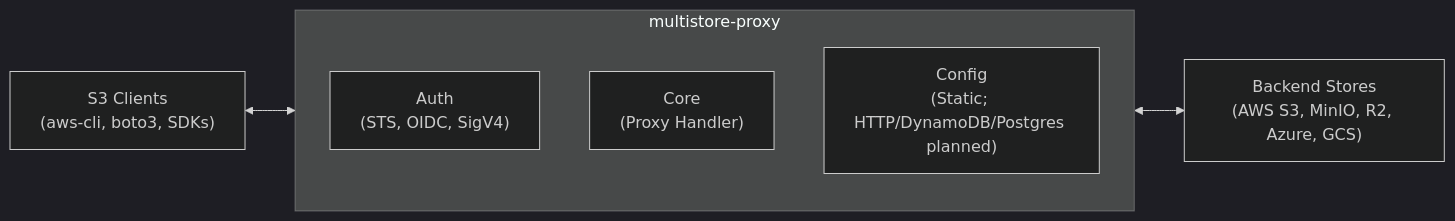
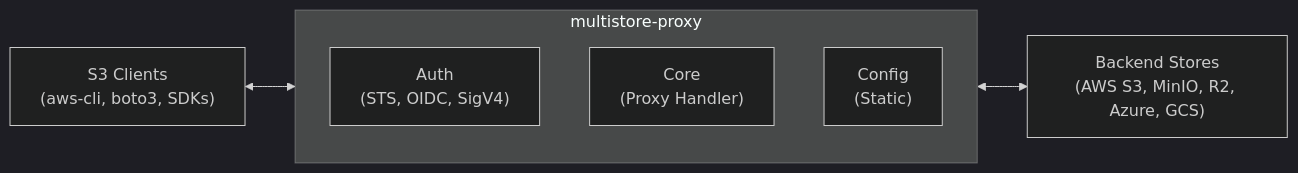
The diagram in docs/index.md (developmentseed/multistore), drawn with Mermaid (dark theme) before and after one commit. The commit also changed 7 other files, not shown here.

````diff
--- a/docs/index.md
+++ b/docs/index.md
@@ -42,15 +42,15 @@
 ```mermaid
 flowchart LR
     Clients["S3 Clients<br>(aws-cli, boto3, SDKs)"]
 
     subgraph Proxy["multistore-proxy"]
         Auth["Auth<br>(STS, OIDC, SigV4)"]
         Core["Core<br>(Proxy Handler)"]
-        Config["Config<br>(Static; HTTP/DynamoDB/Postgres planned)"]
+        Config["Config<br>(Static)"]
     end
 
     Backend["Backend Stores<br>(AWS S3, MinIO, R2, Azure, GCS)"]
 
     Clients <--> Proxy
     Proxy <--> Backend
 ```
````
